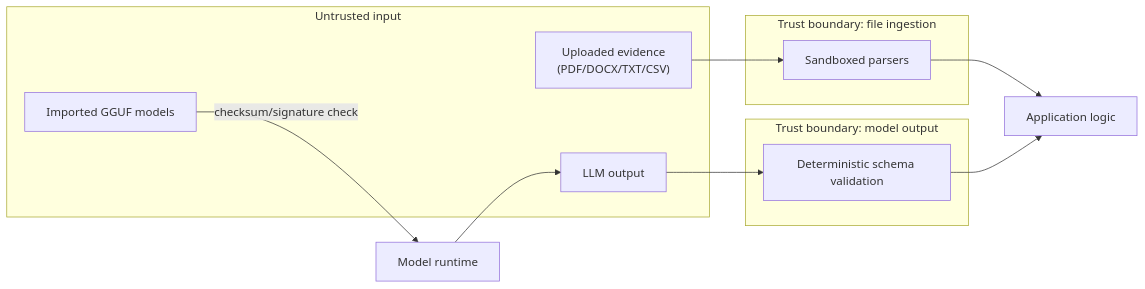
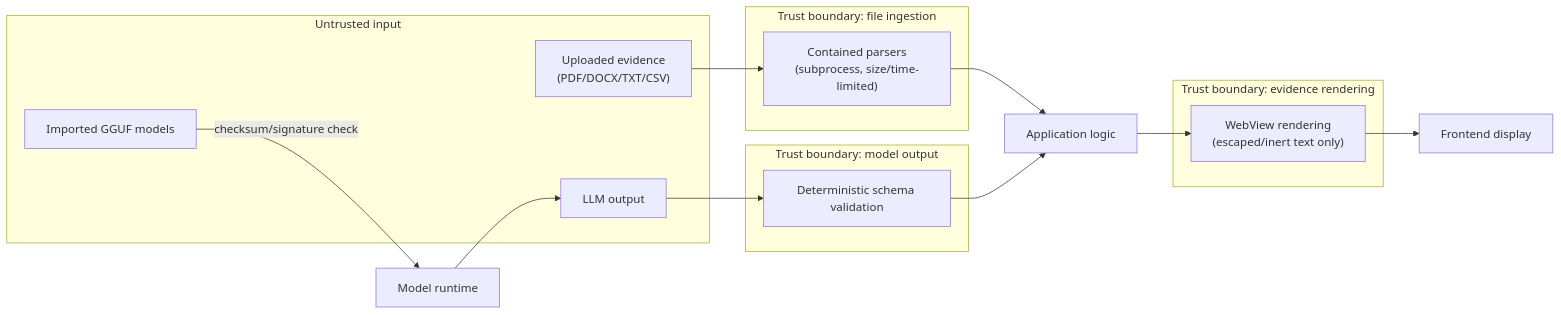
Before and after one commit to MoonPhase-LLC/EvidenceGraph: the second of 2 diagrams in docs/ARCHITECTURE.md, drawn with Mermaid. The commit also changed other lines of this file and 11 other files, not shown here.

````diff
--- a/docs/ARCHITECTURE.md
+++ b/docs/ARCHITECTURE.md
@@ -60,17 +60,21 @@
 ```mermaid
 flowchart LR
     subgraph Untrusted["Untrusted input"]
         U1["Uploaded evidence\n(PDF/DOCX/TXT/CSV)"]
         U2["Imported GGUF models"]
         U3["LLM output"]
     end
     subgraph TB1["Trust boundary: file ingestion"]
-        Parser["Sandboxed parsers"]
+        Parser["Contained parsers\n(subprocess, size/time-limited)"]
     end
     subgraph TB2["Trust boundary: model output"]
         Validator["Deterministic schema validation"]
     end
+    subgraph TB3["Trust boundary: evidence rendering"]
+        Render["WebView rendering\n(escaped/inert text only)"]
+    end
     U1 --> Parser --> App["Application logic"]
     U2 -->|"checksum/signature check"| Runtime["Model runtime"]
     Runtime --> U3 --> Validator --> App
+    App --> Render --> FE["Frontend display"]
 ```
````
